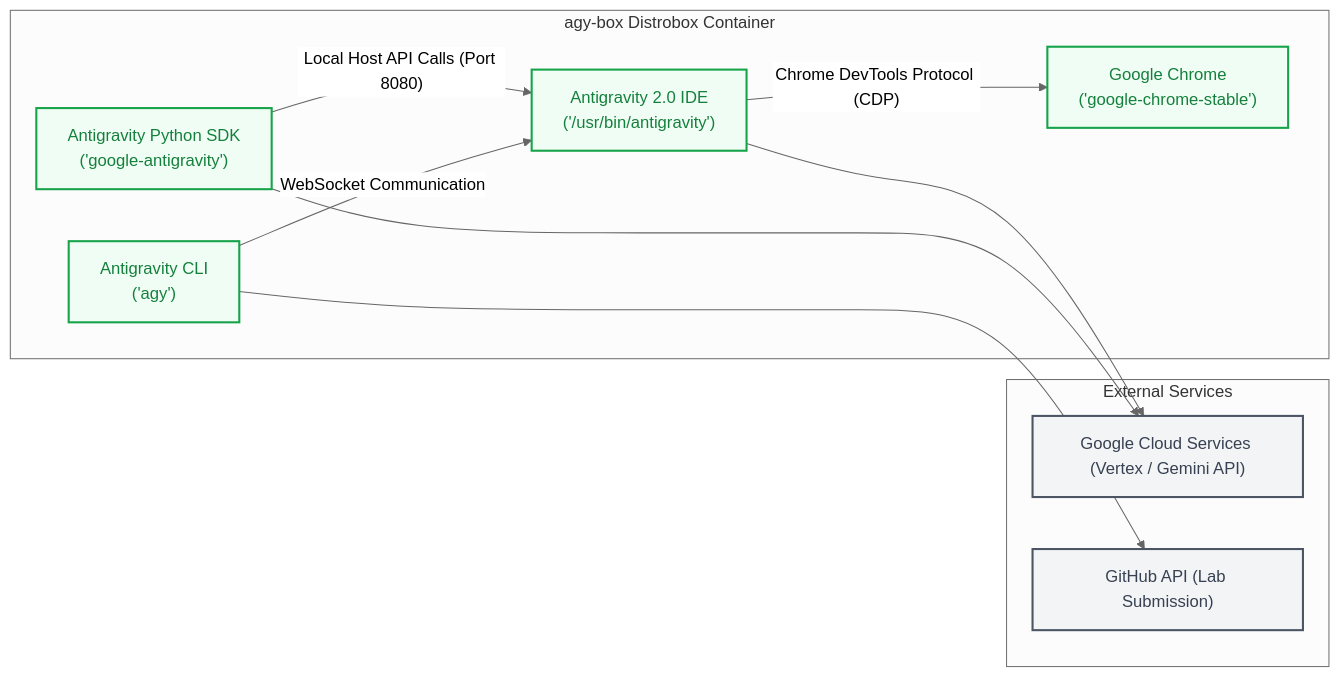
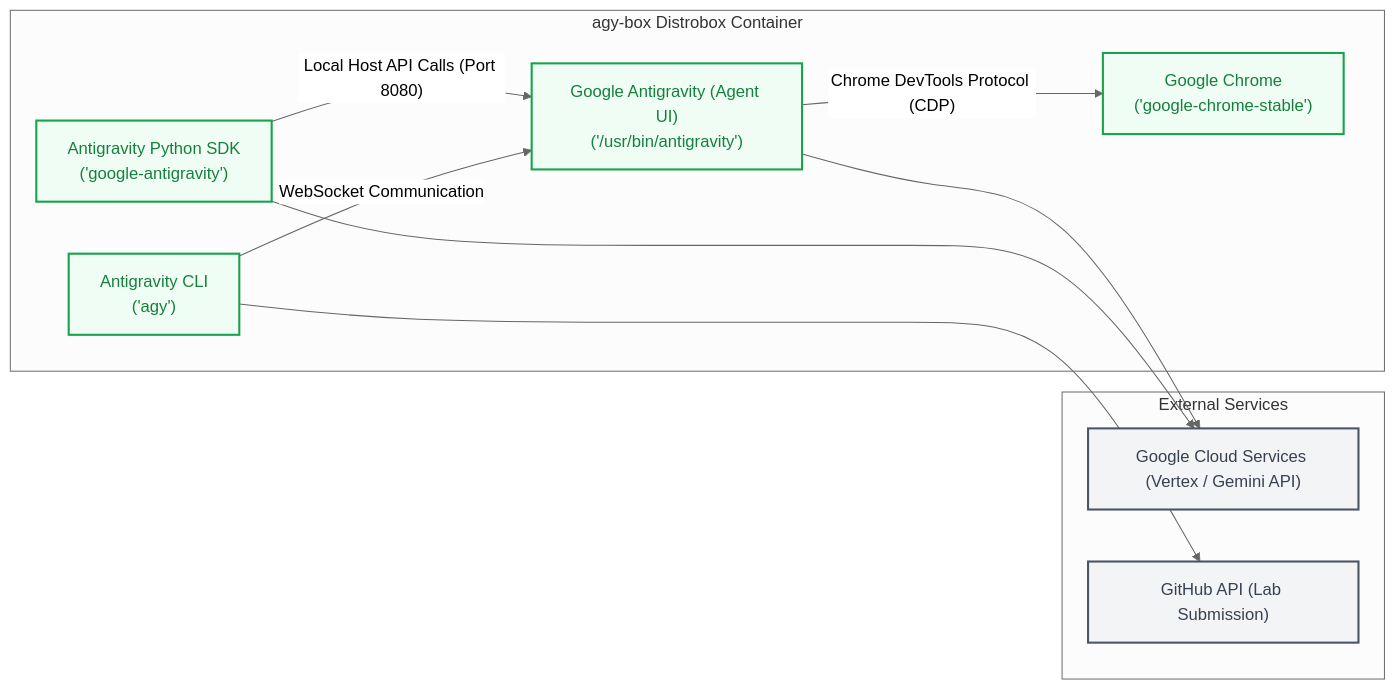
One commit to wtg-codes/agy-box changed the second of 2 diagrams in README.md. Above: the diagram before and after it, drawn with Mermaid (neutral theme). The commit also changed other lines of this file and 8 other files, not shown here.

First line of the commit message:
refactor: rename Antigravity 2.0 to Google Antigravity (Agent UI)

````diff
--- a/README.md
+++ b/README.md
@@ -149,29 +149,29 @@
 ```mermaid
 flowchart LR
     subgraph Sandbox ["agy-box Distrobox Container"]
         SDK["Antigravity Python SDK<br>('google-antigravity')"]
         CLI["Antigravity CLI<br>('agy')"]
-        IDE["Antigravity 2.0 IDE<br>('/usr/bin/antigravity')"]
+        IDE["Google Antigravity (Agent UI)<br>('/usr/bin/antigravity')"]
         Chrome["Google Chrome<br>('google-chrome-stable')"]
         
         SDK -->|"Local Host API Calls (Port 8080)"| IDE
         CLI -->|"WebSocket Communication"| IDE
         IDE -->|"Chrome DevTools Protocol (CDP)"| Chrome
     end
     
     subgraph External ["External Services"]
         GCS["Google Cloud Services (Vertex / Gemini API)"]
         GH["GitHub API (Lab Submission)"]
     end
 
     IDE --> GCS
     SDK --> GCS
     CLI --> GH
 
     %% Styling
     classDef container fill:#f0fdf4,stroke:#16a34a,stroke-width:2px,color:#15803d;
     classDef external fill:#f3f4f6,stroke:#4b5563,stroke-width:2px,color:#374151;
 
     class SDK,CLI,IDE,Chrome container;
     class GCS,GH external;
 ```
````
